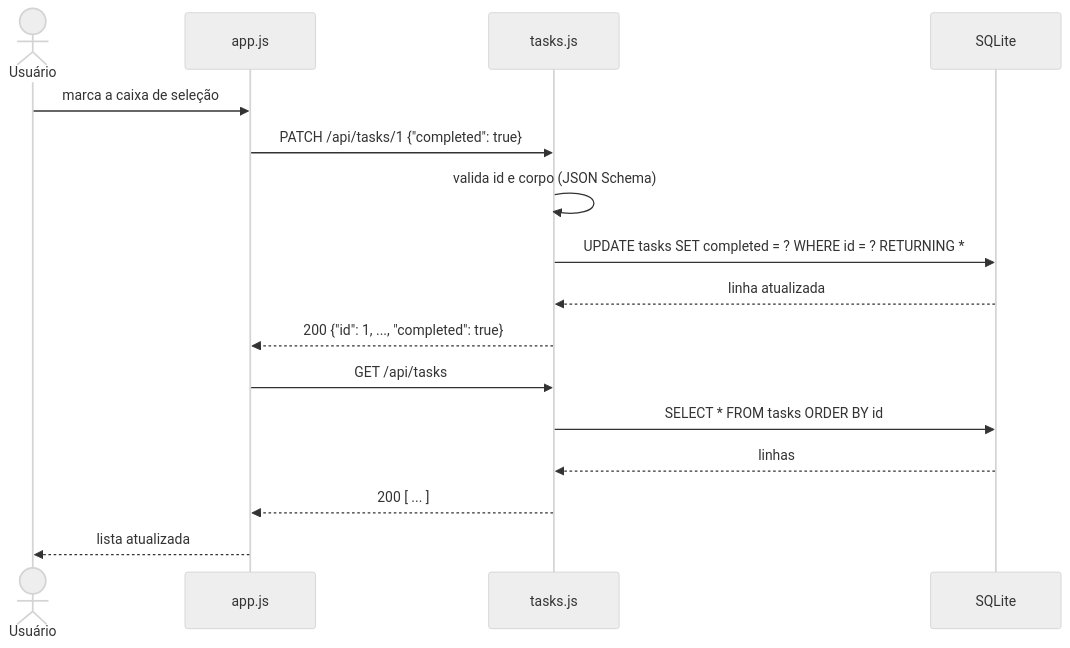
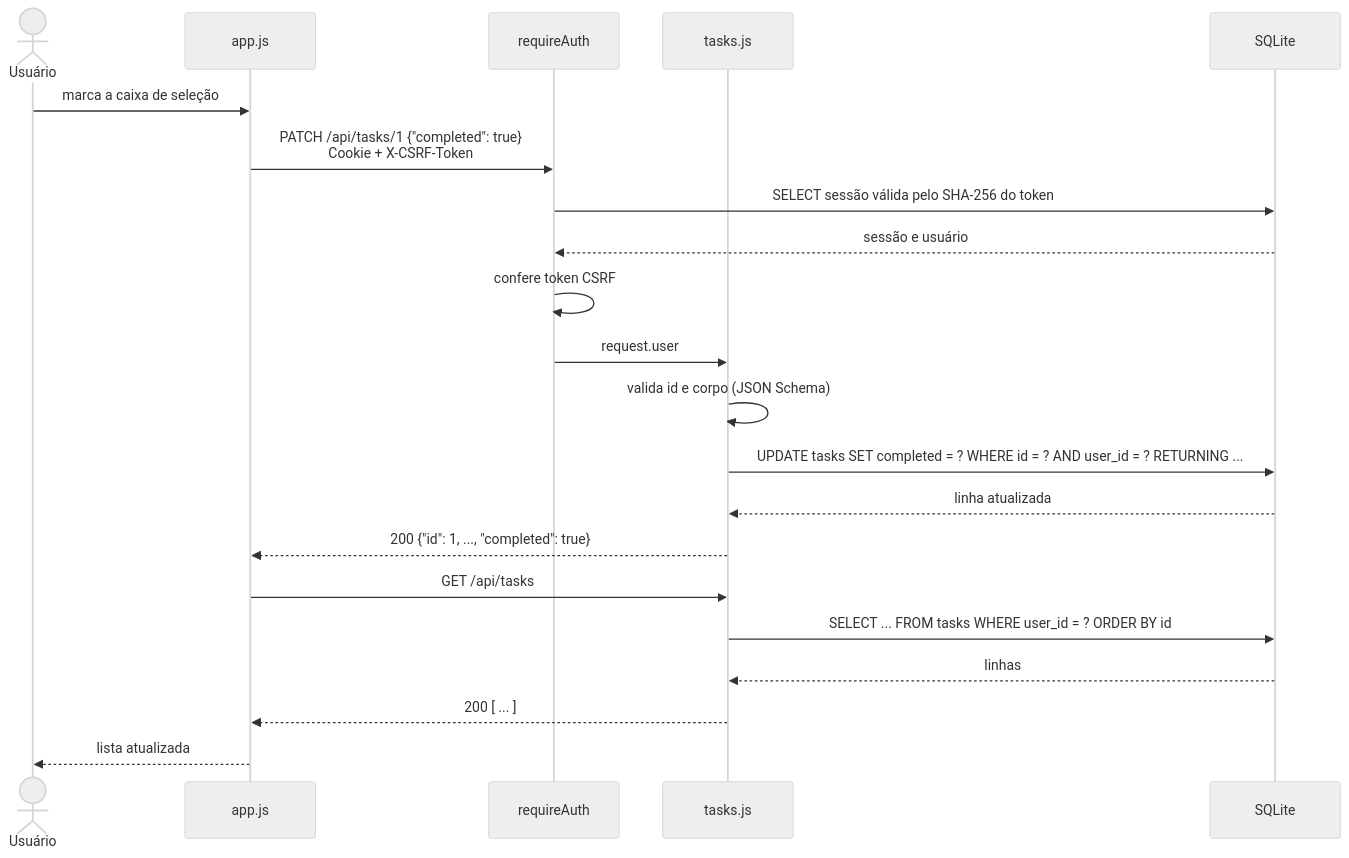
One commit to morexiety/ritmo changed the fourth of 4 diagrams in docs/arquitetura.md. Above: the diagram before and after it, drawn with Mermaid (neutral theme). The commit also changed other lines of this file and 23 other files, not shown here.

Commit message:
feat: add user authentication with private tasks per account

````diff
--- a/docs/arquitetura.md
+++ b/docs/arquitetura.md
@@ -134,19 +231,24 @@
 ```mermaid
 sequenceDiagram
   actor U as Usuário
   participant F as app.js
+  participant H as requireAuth
   participant A as tasks.js
   participant D as SQLite
 
   U->>F: marca a caixa de seleção
-  F->>A: PATCH /api/tasks/1 {"completed": true}
+  F->>H: PATCH /api/tasks/1 {"completed": true}<br/>Cookie + X-CSRF-Token
+  H->>D: SELECT sessão válida pelo SHA-256 do token
+  D-->>H: sessão e usuário
+  H->>H: confere token CSRF
+  H->>A: request.user
   A->>A: valida id e corpo (JSON Schema)
-  A->>D: UPDATE tasks SET completed = ? WHERE id = ? RETURNING *
+  A->>D: UPDATE tasks SET completed = ? WHERE id = ? AND user_id = ? RETURNING ...
   D-->>A: linha atualizada
   A-->>F: 200 {"id": 1, ..., "completed": true}
   F->>A: GET /api/tasks
-  A->>D: SELECT * FROM tasks ORDER BY id
+  A->>D: SELECT ... FROM tasks WHERE user_id = ? ORDER BY id
   D-->>A: linhas
   A-->>F: 200 [ ... ]
   F-->>U: lista atualizada
 ```
````
